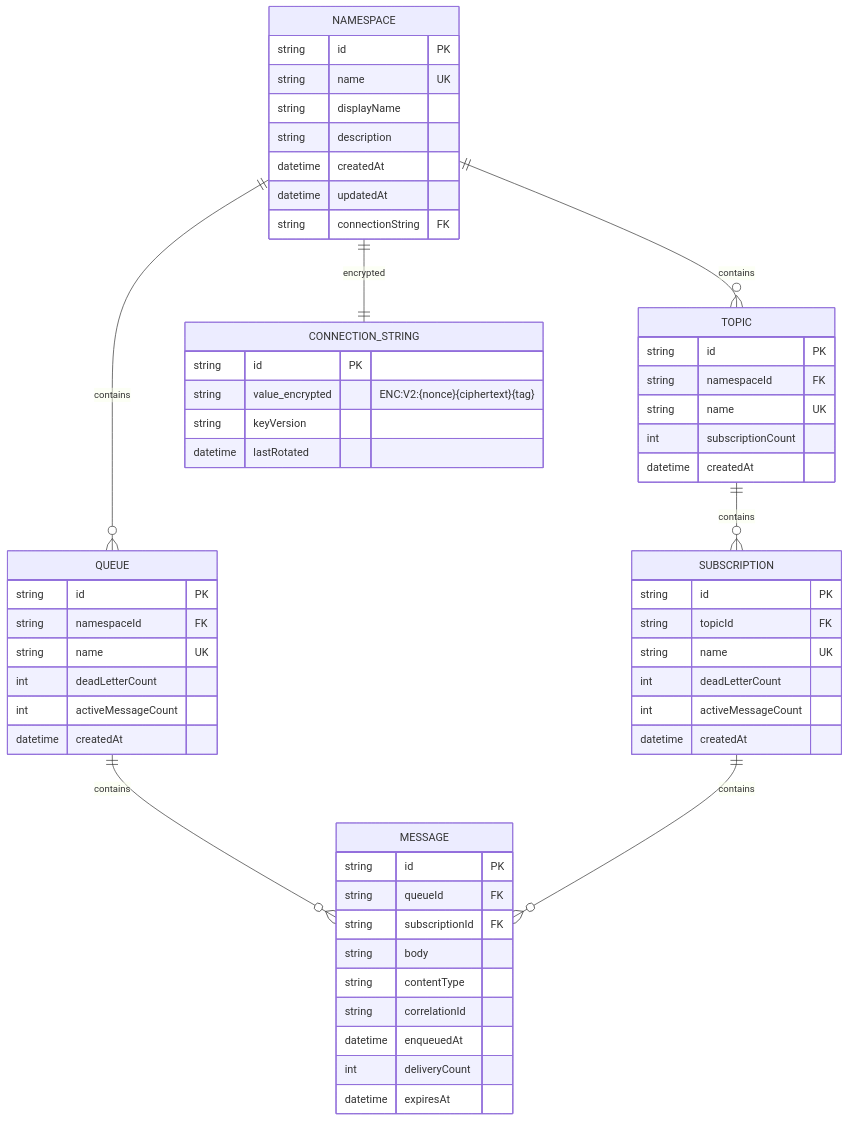
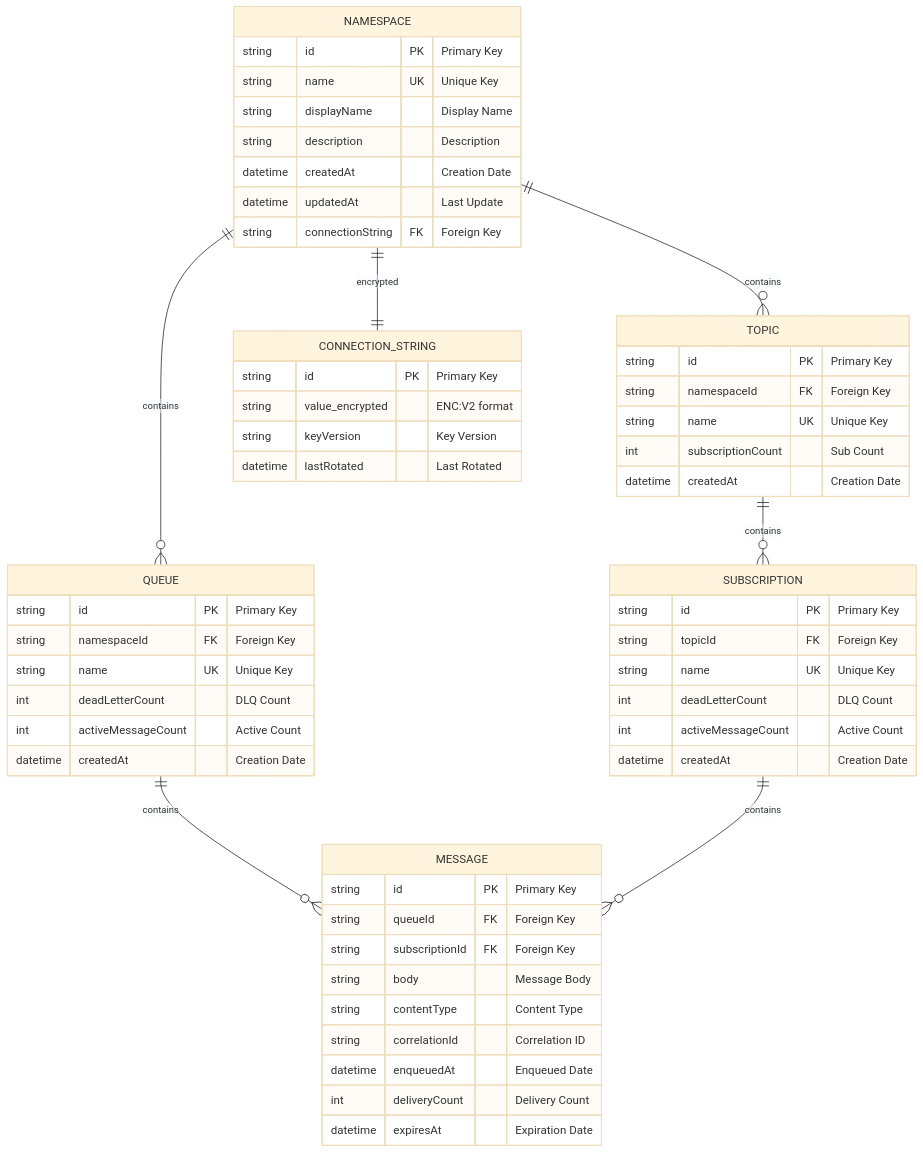
The eighth of 12 diagrams in services/api/ARCHITECTURE.md (debdevops/servicehub), drawn with Mermaid before and after one commit. The commit also changed other lines of this file, not shown here.

````diff
--- a/services/api/ARCHITECTURE.md
+++ b/services/api/ARCHITECTURE.md
@@ -444,64 +439,65 @@
 ```mermaid
+%%{init: {'theme':'base', 'themeVariables': { 'fontSize':'17px'}}}%%
 erDiagram
-    NAMESPACE ||--o{ QUEUE : contains
-    NAMESPACE ||--o{ TOPIC : contains
-    TOPIC ||--o{ SUBSCRIPTION : contains
-    QUEUE ||--o{ MESSAGE : contains
-    SUBSCRIPTION ||--o{ MESSAGE : contains
+    NAMESPACE ||--o{ QUEUE : "contains"
+    NAMESPACE ||--o{ TOPIC : "contains"
+    TOPIC ||--o{ SUBSCRIPTION : "contains"
+    QUEUE ||--o{ MESSAGE : "contains"
+    SUBSCRIPTION ||--o{ MESSAGE : "contains"
     NAMESPACE ||--|| CONNECTION_STRING : "encrypted"
 
     NAMESPACE {
-        string id PK
-        string name UK
-        string displayName
-        string description
-        datetime createdAt
-        datetime updatedAt
-        string connectionString FK
+        string id PK "Primary Key"
+        string name UK "Unique Key"
+        string displayName "Display Name"
+        string description "Description"
+        datetime createdAt "Creation Date"
+        datetime updatedAt "Last Update"
+        string connectionString FK "Foreign Key"
     }
 
     QUEUE {
-        string id PK
-        string namespaceId FK
-        string name UK
-        int deadLetterCount
-        int activeMessageCount
-        datetime createdAt
+        string id PK "Primary Key"
+        string namespaceId FK "Foreign Key"
+        string name UK "Unique Key"
+        int deadLetterCount "DLQ Count"
+        int activeMessageCount "Active Count"
+        datetime createdAt "Creation Date"
     }
 
     TOPIC {
-        string id PK
-        string namespaceId FK
-        string name UK
-        int subscriptionCount
-        datetime createdAt
+        string id PK "Primary Key"
+        string namespaceId FK "Foreign Key"
+        string name UK "Unique Key"
+        int subscriptionCount "Sub Count"
+        datetime createdAt "Creation Date"
     }
 
     SUBSCRIPTION {
-        string id PK
-        string topicId FK
-        string name UK
-        int deadLetterCount
-        int activeMessageCount
-        datetime createdAt
+        string id PK "Primary Key"
+        string topicId FK "Foreign Key"
+        string name UK "Unique Key"
+        int deadLetterCount "DLQ Count"
+        int activeMessageCount "Active Count"
+        datetime createdAt "Creation Date"
     }
 
     MESSAGE {
-        string id PK
-        string queueId FK
-        string subscriptionId FK
-        string body
-        string contentType
-        string correlationId
-        datetime enqueuedAt
-        int deliveryCount
-        datetime expiresAt
+        string id PK "Primary Key"
+        string queueId FK "Foreign Key"
+        string subscriptionId FK "Foreign Key"
+        string body "Message Body"
+        string contentType "Content Type"
+        string correlationId "Correlation ID"
+        datetime enqueuedAt "Enqueued Date"
+        int deliveryCount "Delivery Count"
+        datetime expiresAt "Expiration Date"
     }
 
     CONNECTION_STRING {
-        string id PK
-        string value_encrypted "ENC:V2:{nonce}{ciphertext}{tag}"
-        string keyVersion
-        datetime lastRotated
+        string id PK "Primary Key"
+        string value_encrypted "ENC:V2 format"
+        string keyVersion "Key Version"
+        datetime lastRotated "Last Rotated"
     }
 ```
````
